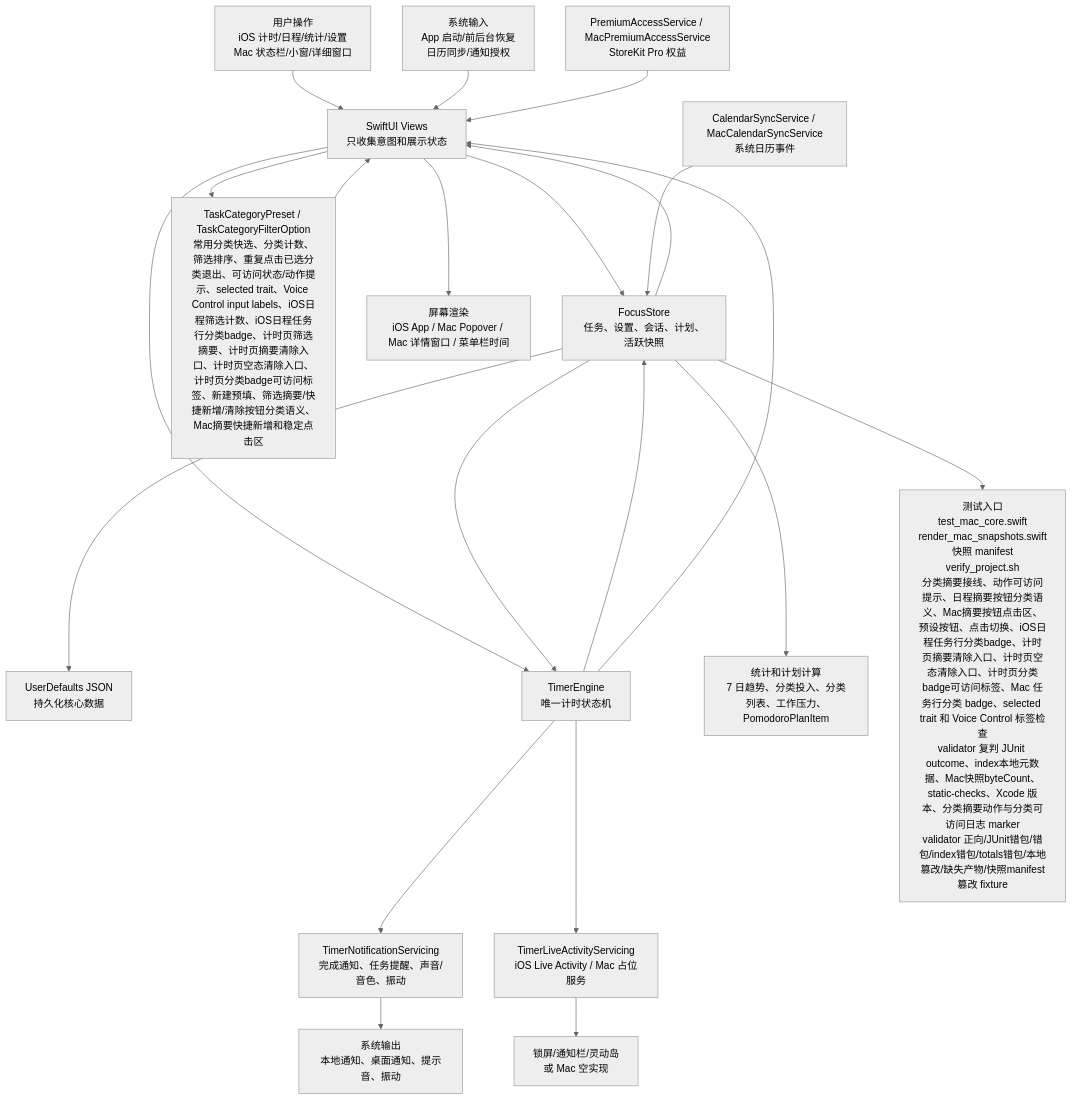
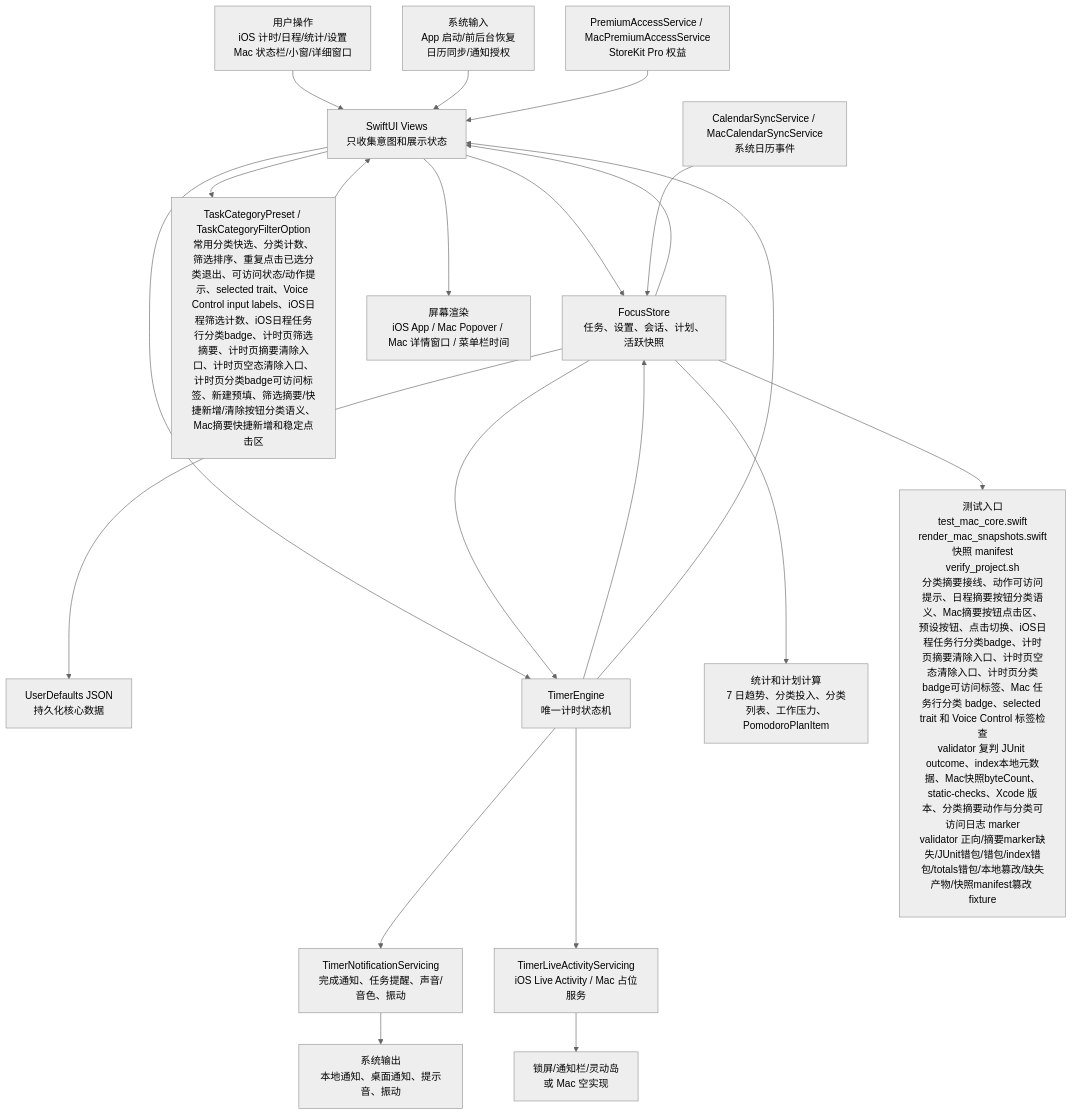
One commit to Altman-sam114/114 changed the first of 6 diagrams in md/flow/flowchart.md. Above: the diagram before and after it, drawn with Mermaid (neutral theme). The commit also changed 6 other files, not shown here.

Commit message:
v0.48: 增强分类摘要 marker 负向 fixture

````diff
--- a/md/flow/flowchart.md
+++ b/md/flow/flowchart.md
@@ -9,23 +9,23 @@
 ```mermaid
 flowchart TD
   U["用户操作<br/>iOS 计时/日程/统计/设置<br/>Mac 状态栏/小窗/详细窗口"] --> V["SwiftUI Views<br/>只收集意图和展示状态"]
   SYS["系统输入<br/>App 启动/前后台恢复<br/>日历同步/通知授权"] --> V
   V --> S["FocusStore<br/>任务、设置、会话、计划、活跃快照"]
   V --> CAT["TaskCategoryPreset / TaskCategoryFilterOption<br/>常用分类快选、分类计数、筛选排序、重复点击已选分类退出、可访问状态/动作提示、selected trait、Voice Control input labels、iOS日程筛选计数、iOS日程任务行分类badge、计时页筛选摘要、计时页摘要清除入口、计时页空态清除入口、计时页分类badge可访问标签、新建预填、筛选摘要/快捷新增/清除按钮分类语义、Mac摘要快捷新增和稳定点击区"]
   CAT --> V
   S --> P["UserDefaults JSON<br/>持久化核心数据"]
   V --> E["TimerEngine<br/>唯一计时状态机"]
   S --> E
   E --> S
   E --> N["TimerNotificationServicing<br/>完成通知、任务提醒、声音/音色、振动"]
   E --> L["TimerLiveActivityServicing<br/>iOS Live Activity / Mac 占位服务"]
   S --> C["统计和计划计算<br/>7 日趋势、分类投入、分类列表、工作压力、PomodoroPlanItem"]
   CAL["CalendarSyncService / MacCalendarSyncService<br/>系统日历事件"] --> S
   PRO["PremiumAccessService / MacPremiumAccessService<br/>StoreKit Pro 权益"] --> V
   S --> V
   E --> V
   V --> OUT["屏幕渲染<br/>iOS App / Mac Popover / Mac 详情窗口 / 菜单栏时间"]
   N --> OUT2["系统输出<br/>本地通知、桌面通知、提示音、振动"]
   L --> OUT3["锁屏/通知栏/灵动岛<br/>或 Mac 空实现"]
-  S --> T["测试入口<br/>test_mac_core.swift<br/>render_mac_snapshots.swift<br/>快照 manifest<br/>verify_project.sh<br/>分类摘要接线、动作可访问提示、日程摘要按钮分类语义、Mac摘要按钮点击区、预设按钮、点击切换、iOS日程任务行分类badge、计时页摘要清除入口、计时页空态清除入口、计时页分类badge可访问标签、Mac 任务行分类 badge、selected trait 和 Voice Control 标签检查<br/>validator 复判 JUnit outcome、index本地元数据、Mac快照byteCount、static-checks、Xcode 版本、分类摘要动作与分类可访问日志 marker<br/>validator 正向/JUnit错包/错包/index错包/totals错包/本地篡改/缺失产物/快照manifest篡改 fixture"]
+  S --> T["测试入口<br/>test_mac_core.swift<br/>render_mac_snapshots.swift<br/>快照 manifest<br/>verify_project.sh<br/>分类摘要接线、动作可访问提示、日程摘要按钮分类语义、Mac摘要按钮点击区、预设按钮、点击切换、iOS日程任务行分类badge、计时页摘要清除入口、计时页空态清除入口、计时页分类badge可访问标签、Mac 任务行分类 badge、selected trait 和 Voice Control 标签检查<br/>validator 复判 JUnit outcome、index本地元数据、Mac快照byteCount、static-checks、Xcode 版本、分类摘要动作与分类可访问日志 marker<br/>validator 正向/摘要marker缺失/JUnit错包/错包/index错包/totals错包/本地篡改/缺失产物/快照manifest篡改 fixture"]
 ```
````
